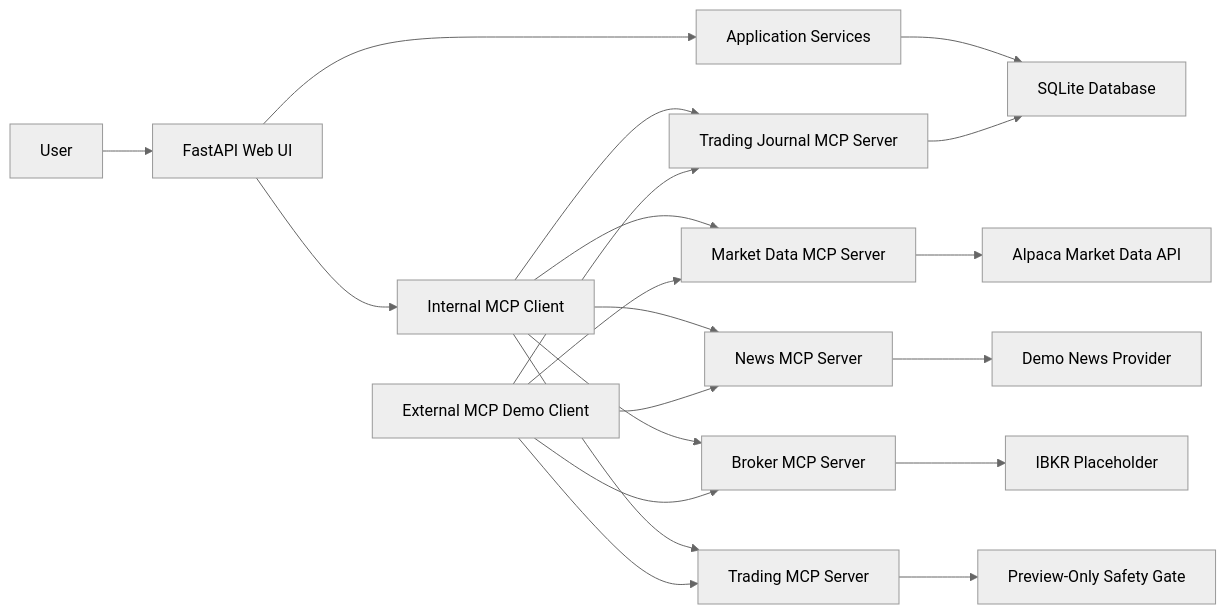
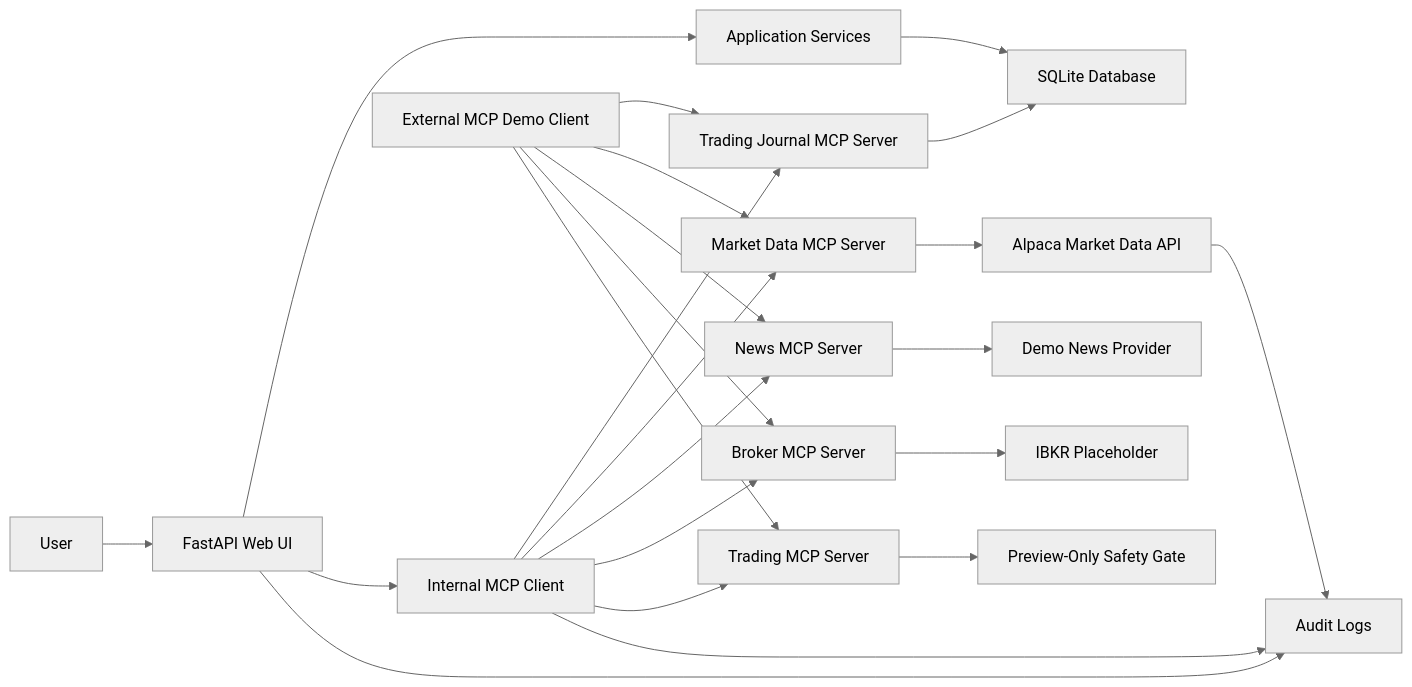
The diagram in README.md (thejavascriptways/IFSC-78603-Graduate-Project-trading_journal-mcp), drawn with Mermaid (neutral theme) before and after one commit. The commit also changed other lines of this file and 18 other files, not shown here.

````diff
--- a/README.md
+++ b/README.md
@@ -40,25 +41,28 @@
 ```mermaid
 flowchart LR
     U["User"] --> UI["FastAPI Web UI"]
     UI --> SVC["Application Services"]
     SVC --> DB["SQLite Database"]
     UI --> HOST["Internal MCP Client"]
+    UI --> AUDIT["Audit Logs"]
 
     HOST --> PMCP["Trading Journal MCP Server"]
     HOST --> MMCP["Market Data MCP Server"]
     HOST --> NMCP["News MCP Server"]
     HOST --> BMCP["Broker MCP Server"]
     HOST --> TMCP["Trading MCP Server"]
 
     PMCP --> DB
     MMCP --> ALPACA["Alpaca Market Data API"]
     NMCP --> DEMO["Demo News Provider"]
     BMCP --> IBKR["IBKR Placeholder"]
     TMCP --> SAFE["Preview-Only Safety Gate"]
+    HOST --> AUDIT
+    ALPACA --> AUDIT
 
     CLI["External MCP Demo Client"] --> PMCP
     CLI --> MMCP
     CLI --> NMCP
     CLI --> BMCP
     CLI --> TMCP
 ```
````
